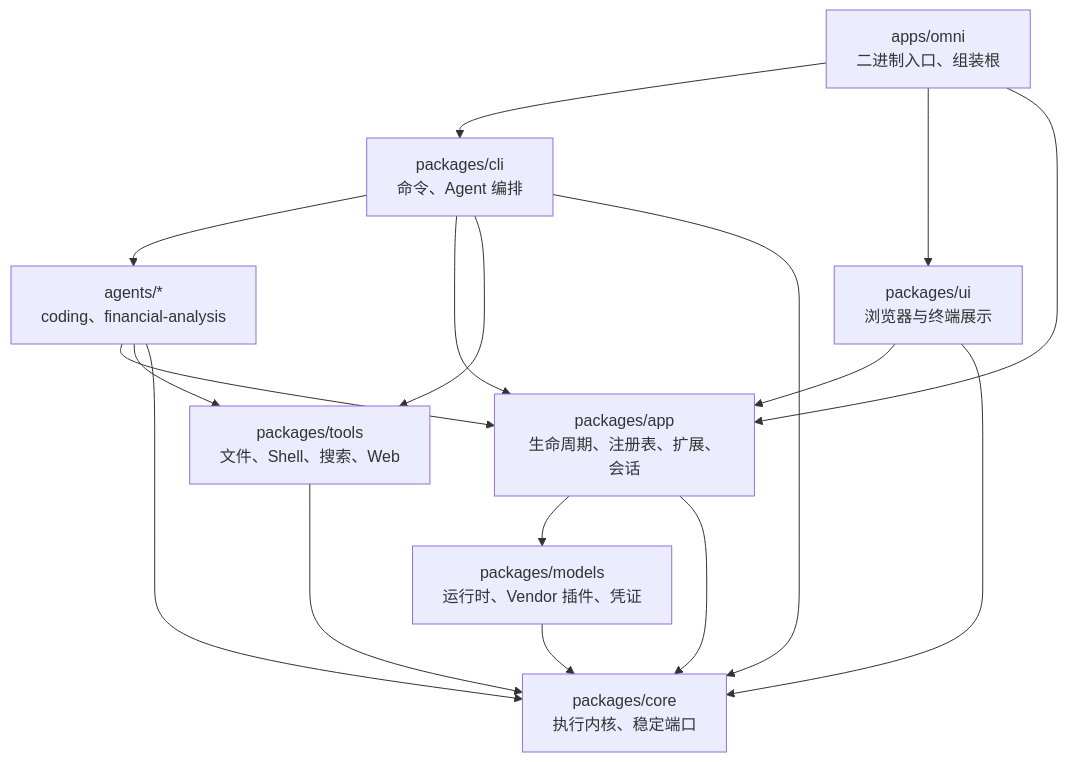
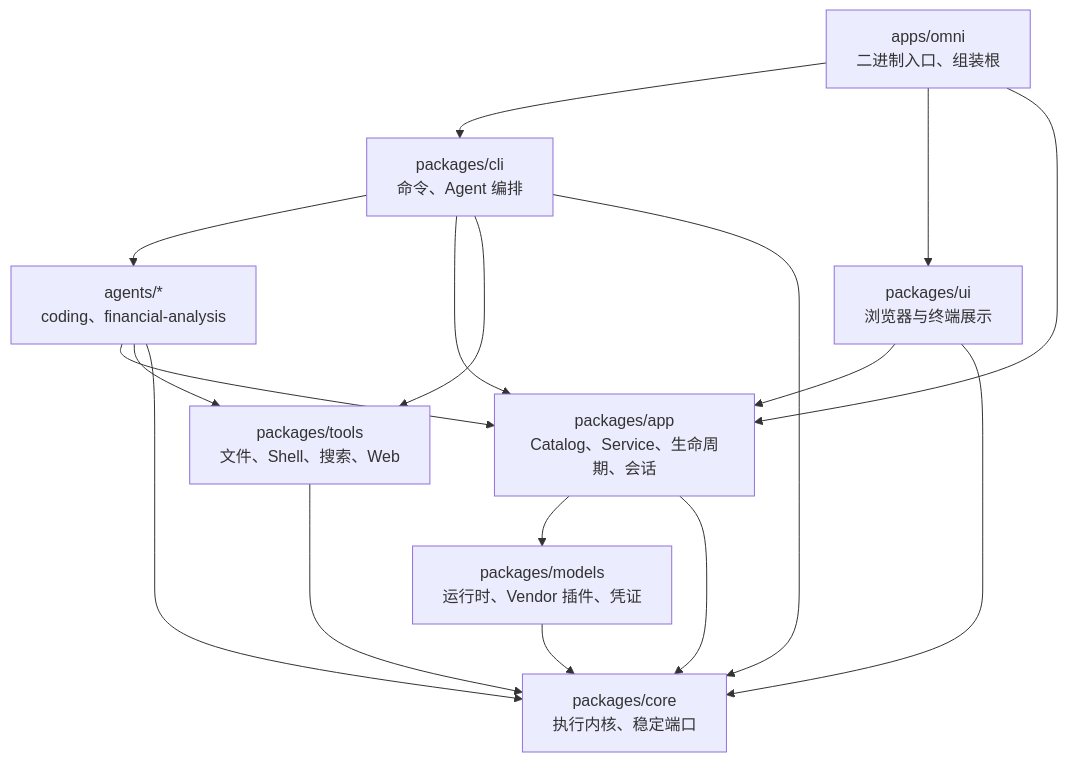
One commit to xdnloveme/omni-agent changed the diagram in README.zh.md. Above: the diagram before and after it, drawn with Mermaid. The commit also changed other lines of this file and 35 other files, not shown here.

Commit message:
feat(app): add reusable agent service host

````diff
--- a/README.zh.md
+++ b/README.zh.md
@@ -518,28 +520,28 @@
 ```mermaid
 graph TD
     HOST["apps/omni<br/>二进制入口、组装根"]
     CLI["packages/cli<br/>命令、Agent 编排"]
     AGENTS["agents/*<br/>coding、financial-analysis"]
-    APP["packages/app<br/>生命周期、注册表、扩展、会话"]
+    APP["packages/app<br/>Catalog、Service、生命周期、会话"]
     MODELS["packages/models<br/>运行时、Vendor 插件、凭证"]
     TOOLS["packages/tools<br/>文件、Shell、搜索、Web"]
     UI["packages/ui<br/>浏览器与终端展示"]
     CORE["packages/core<br/>执行内核、稳定端口"]
 
     HOST --> CLI
     HOST --> UI
     HOST --> APP
     CLI --> AGENTS
     CLI --> APP
     CLI --> TOOLS
     CLI --> CORE
     AGENTS --> APP
     AGENTS --> TOOLS
     UI --> APP
     UI --> CORE
     AGENTS --> CORE
     APP --> MODELS
     APP --> CORE
     MODELS --> CORE
     TOOLS --> CORE
 ```
````
